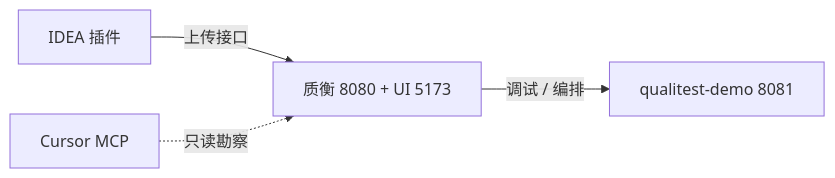
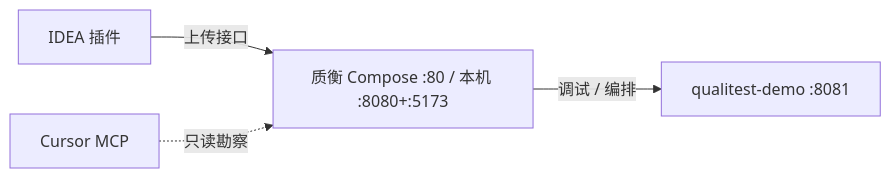
The third of 3 diagrams in README.md (qualitest-hq/qualitest), drawn with Mermaid before and after one commit. The commit also changed other lines of this file and 4 other files, not shown here.

````diff
--- a/README.md
+++ b/README.md
@@ -317,6 +328,6 @@
 ```mermaid
 flowchart LR
-    Plugin["IDEA 插件"] -->|上传接口| Platform["质衡 8080 + UI 5173"]
-    Platform -->|调试 / 编排| Demo["qualitest-demo 8081"]
+    Plugin["IDEA 插件"] -->|上传接口| Platform["质衡 Compose :80 / 本机 :8080+:5173"]
+    Platform -->|调试 / 编排| Demo["qualitest-demo :8081"]
     Cursor["Cursor MCP"] -.->|只读勘察| Platform
 ```
````
